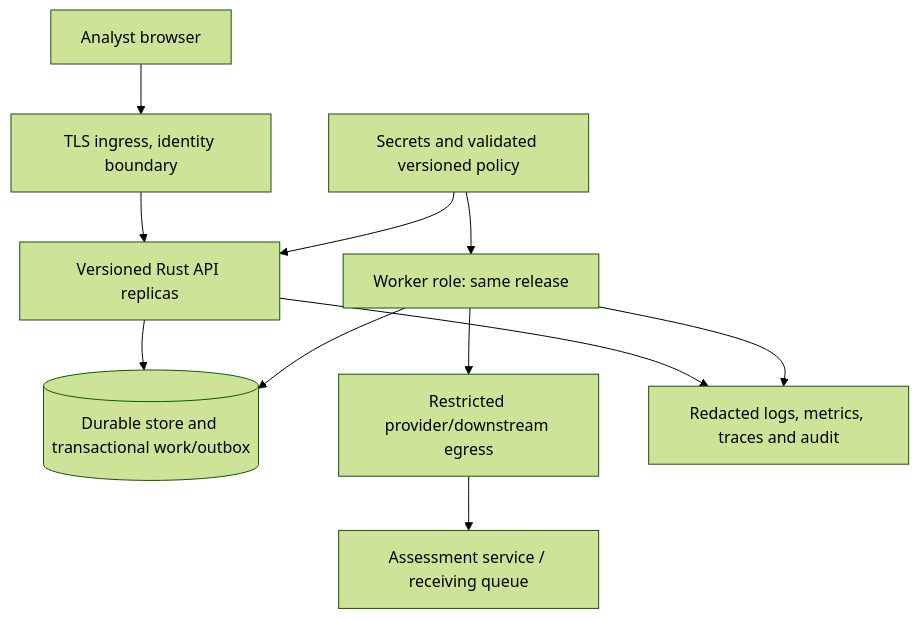
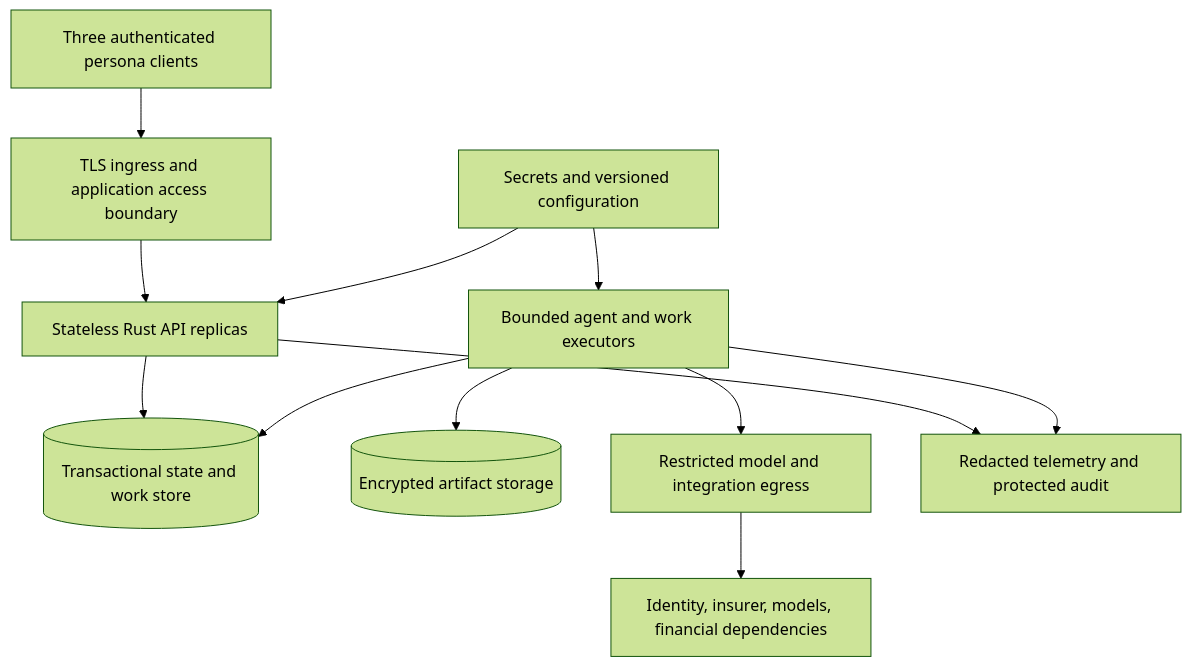
The sixth of 6 diagrams in docs/system-design.md (niksacdev/jev-sample), drawn with Mermaid (forest theme) before and after one commit. The commit also changed other lines of this file and 1 other file, not shown here.

First line of the commit message:
Rewrite Reassure design as coherent full-claims system architecture

````diff
--- a/docs/system-design.md
+++ b/docs/system-design.md
@@ -436,13 +380,14 @@
 ```mermaid
 flowchart TB
-    Browser[Analyst browser] --> Ingress[TLS ingress, identity boundary]
-    Ingress --> API[Versioned Rust API replicas]
-    API --> DB[(Durable store and transactional work/outbox)]
-    Worker[Worker role: same release] --> DB
-    Worker --> Egress[Restricted provider/downstream egress]
-    Egress --> Vendors[Assessment service / receiving queue]
-    Config[Secrets and validated versioned policy] --> API
-    Config --> Worker
-    API --> Obs[Redacted logs, metrics, traces and audit]
-    Worker --> Obs
+    Users[Three authenticated persona clients] --> Ingress[TLS ingress and application access boundary]
+    Ingress --> API[Stateless Rust API replicas]
+    API --> DB[(Transactional state and work store)]
+    Runtime[Bounded agent and work executors] --> DB
+    Runtime --> Objects[(Encrypted artifact storage)]
+    Runtime --> Egress[Restricted model and integration egress]
+    Egress --> Providers[Identity, insurer, models, financial dependencies]
+    Secrets[Secrets and versioned configuration] --> API
+    Secrets --> Runtime
+    API --> Observe[Redacted telemetry and protected audit]
+    Runtime --> Observe
 ```
````
